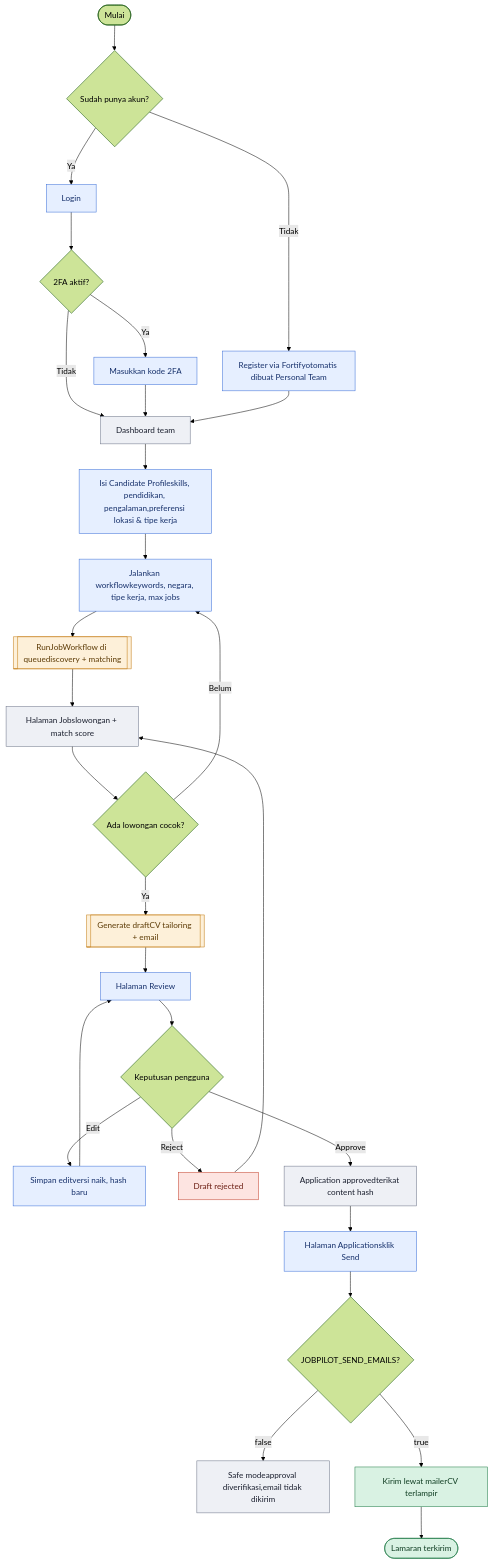
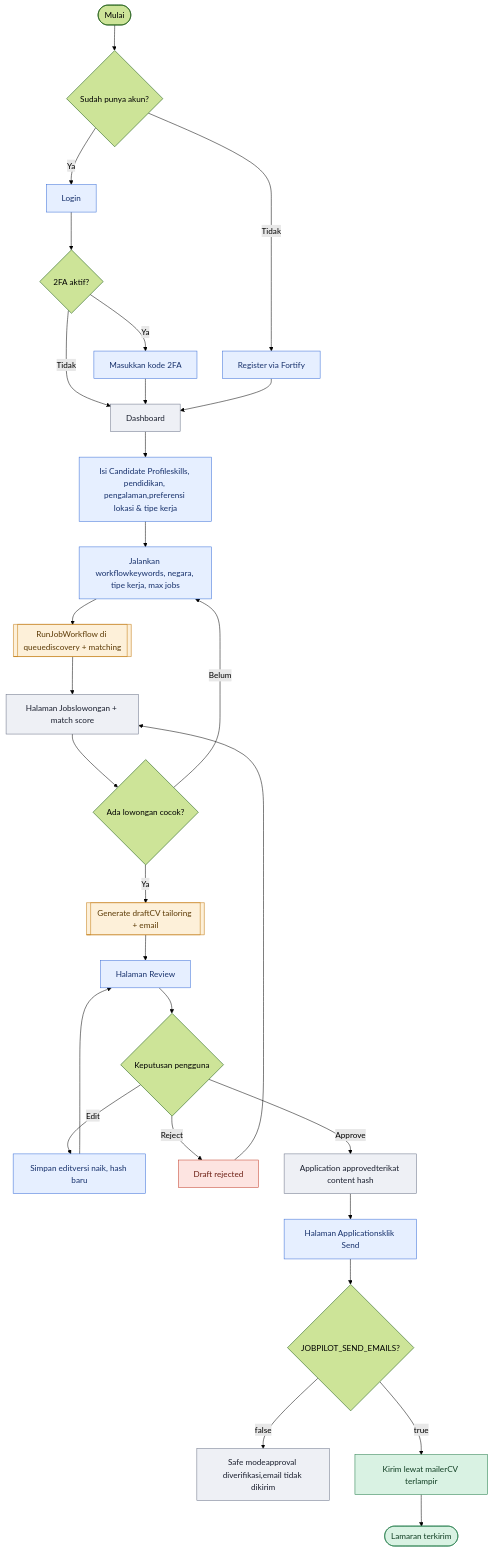
Before and after one commit to StillFurball/JobPilotAI: the first of 5 diagrams in flowchart.md, drawn with Mermaid (forest theme). The commit also changed other lines of this file and 77 other files, not shown here.

````diff
--- a/flowchart.md
+++ b/flowchart.md
@@ -17,41 +17,41 @@
 ```mermaid
 flowchart TD
   A(["Mulai"]) --> B{"Sudah punya akun?"}
-  B -- Tidak --> C["Register via Fortifyotomatis dibuat Personal Team"]
+  B -- Tidak --> C["Register via Fortify"]
   B -- Ya --> D["Login"]
   D --> D2{"2FA aktif?"}
   D2 -- Ya --> D3["Masukkan kode 2FA"]
   D2 -- Tidak --> E
   D3 --> E
-  C --> E["Dashboard team"]
+  C --> E["Dashboard"]
   E --> F["Isi Candidate Profileskills, pendidikan, pengalaman,preferensi lokasi & tipe kerja"]
   F --> G["Jalankan workflowkeywords, negara, tipe kerja, max jobs"]
   G --> H[["RunJobWorkflow di queuediscovery + matching"]]
   H --> I["Halaman Jobslowongan + match score"]
   I --> J{"Ada lowongan cocok?"}
   J -- Belum --> G
   J -- Ya --> K[["Generate draftCV tailoring + email"]]
   K --> L["Halaman Review"]
   L --> M{"Keputusan pengguna"}
   M -- Edit --> N["Simpan editversi naik, hash baru"]
   N --> L
   M -- Reject --> O["Draft rejected"]
   O --> I
   M -- Approve --> P["Application approvedterikat content hash"]
   P --> Q["Halaman Applicationsklik Send"]
   Q --> R{"JOBPILOT_SEND_EMAILS?"}
   R -- false --> S["Safe modeapproval diverifikasi,email tidak dikirim"]
   R -- true --> T["Kirim lewat mailerCV terlampir"]
   T --> U(["Lamaran terkirim"])
 
   classDef user fill:#e6efff,stroke:#3b6fd8,color:#16306b
   classDef sys fill:#eef0f5,stroke:#6b7387,color:#1a1f2e
   classDef ai fill:#fdf0d9,stroke:#c27a0e,color:#5c3a05
   classDef done fill:#d9f2e3,stroke:#1f7a45,color:#0f3d22
   classDef bad fill:#fde4e1,stroke:#c2412d,color:#6b1d12
   class C,D,D3,F,G,L,N,Q user
   class E,I,P,S sys
   class H,K ai
   class T,U done
   class O bad
 ```
````
